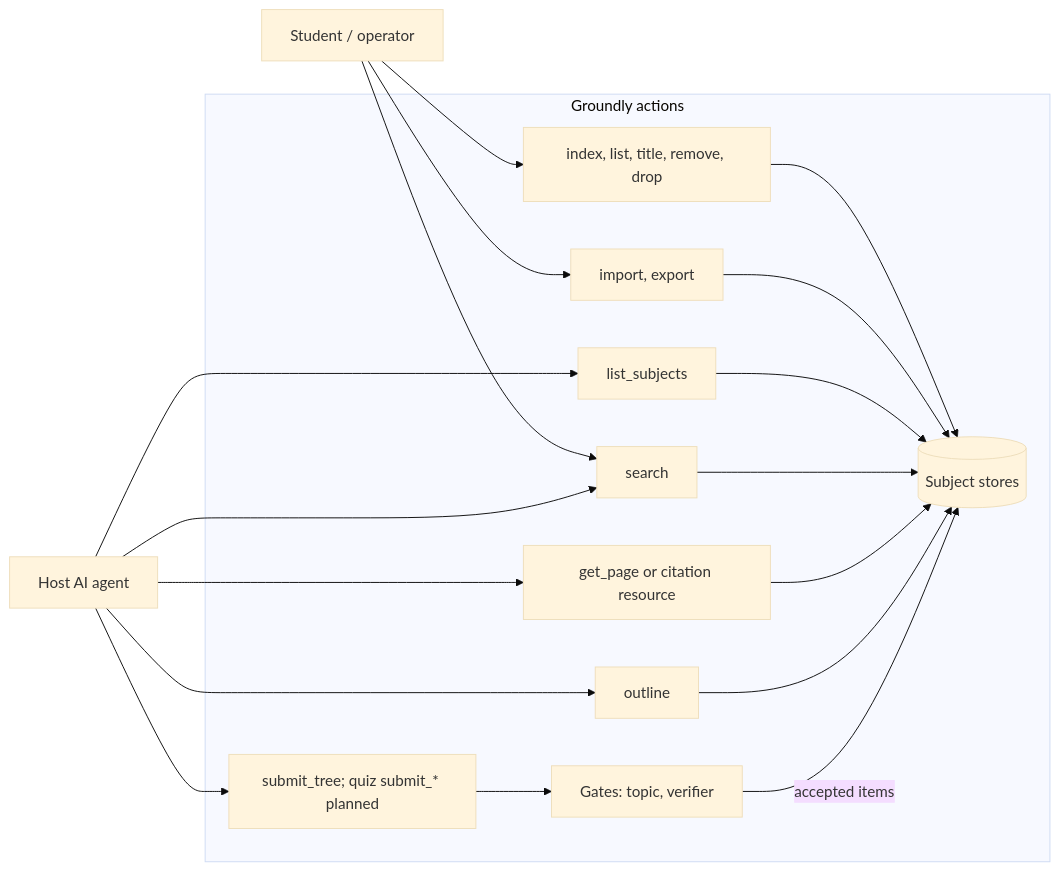
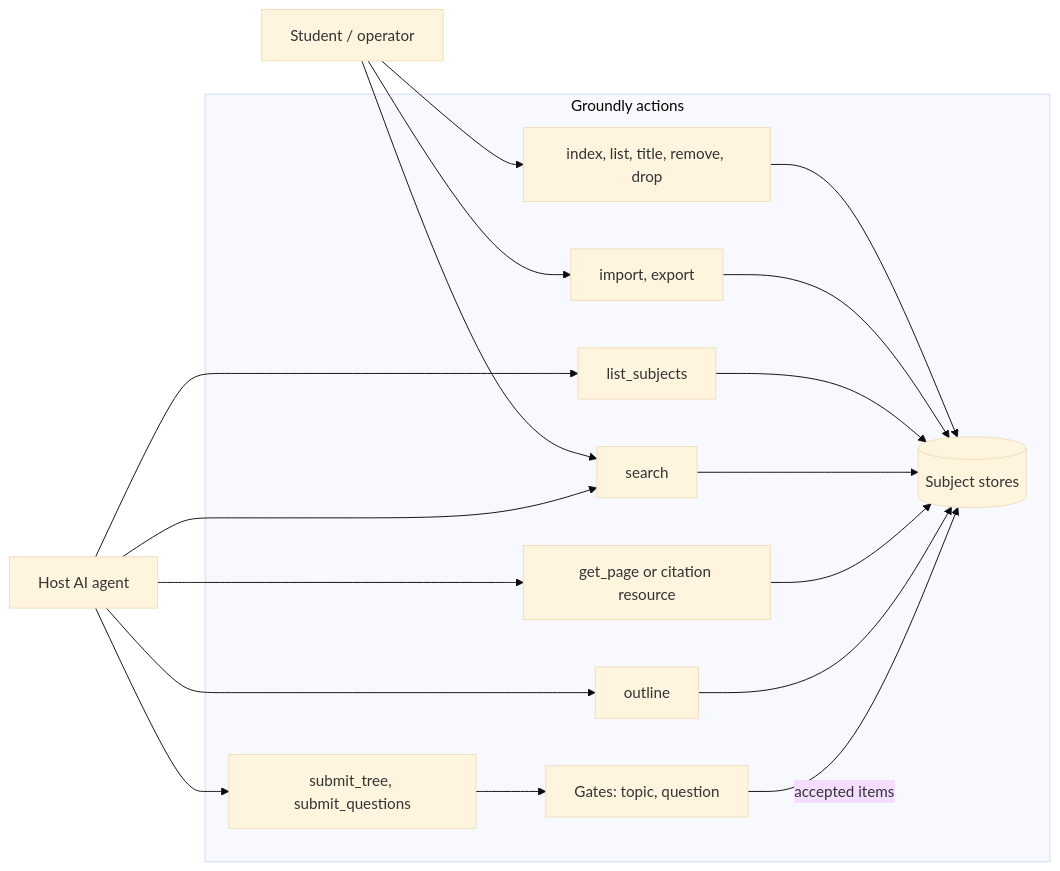
The diagram in docs/architecture/agents.md (paulhondola/groundly), drawn with Mermaid (base theme) before and after one commit. The commit also changed other lines of this file and 7 other files, not shown here.

````diff
--- a/docs/architecture/agents.md
+++ b/docs/architecture/agents.md
@@ -7,27 +7,27 @@
 ```mermaid
 flowchart LR
     student[Student / operator]
     host[Host AI agent]
 
     subgraph Groundly[Groundly actions]
         init[index, list, title, remove, drop]
         share[import, export]
         discover[list_subjects]
         search[search]
         page[get_page or citation resource]
         outline[outline]
-        submit["submit_tree; quiz submit_* planned"]
-        verify[Gates: topic, verifier]
+        submit["submit_tree, submit_questions"]
+        verify[Gates: topic, question]
         stores[(Subject stores)]
     end
 
     student --> init --> stores
     student --> share --> stores
     student --> search
     host --> discover --> stores
     host --> search --> stores
     host --> page --> stores
     host --> outline --> stores
     host --> submit --> verify
     verify -->|accepted items| stores
 ```
````
